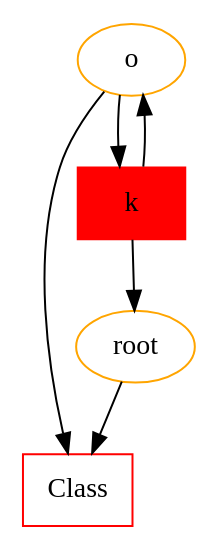
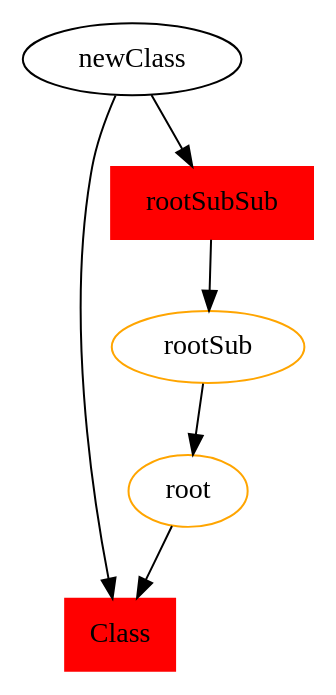
One commit to heinz-preisig/PeriConto_generic changed the diagram in src/Digraph.gv. Above: the diagram before and after it, drawn with Graphviz. The commit also changed 9 other files, not shown here.

```diff
--- a/src/Digraph.gv
+++ b/src/Digraph.gv
@@ -1,12 +1,12 @@
 digraph {
-	Class [color=red fillcolor=white shape=rectangle style=filled]
-	o [color=orange fillcolor=white shape="" style=filled]
+	Class [color=red fillcolor=red shape=rectangle style=filled]
+	rootSubSub [color=red fillcolor=red shape=rectangle style=filled]
+	Class [color=red fillcolor=red shape=rectangle style=filled]
 	root [color=orange fillcolor=white shape="" style=filled]
-	k [color=red fillcolor=red shape=rectangle style=filled]
-	Class
+	rootSub [color=orange fillcolor=white shape="" style=filled]
 	root -> Class
-	k -> o
-	k -> root
-	o -> k
-	o -> Class
+	newClass -> rootSubSub
+	newClass -> Class
+	rootSub -> root
+	rootSubSub -> rootSub
 }
```
